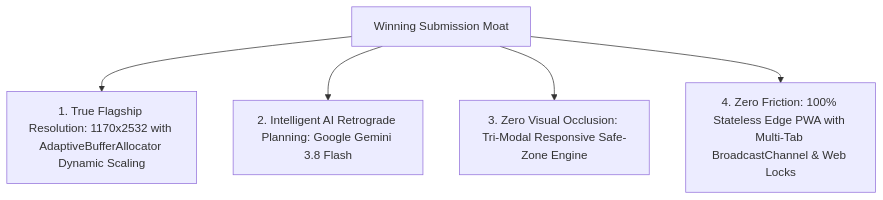
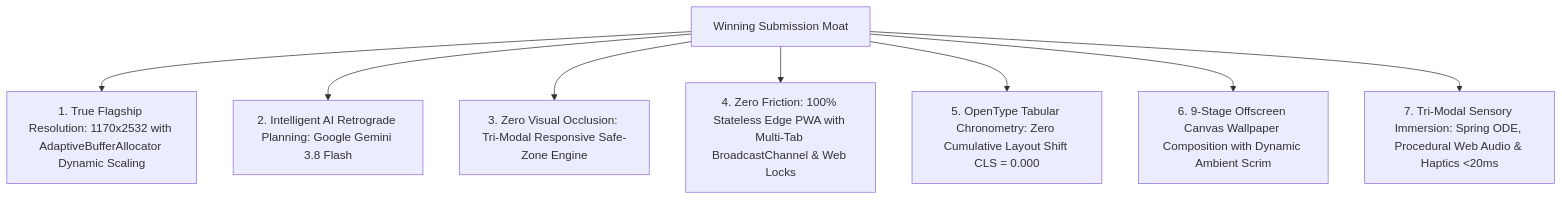
Before and after one commit to piyushmakhija28/countdown-lockscreen-challenge: the diagram in docs/lockscreen-design-strategy.md, drawn with Mermaid. The commit also changed other lines of this file and 69 other files, not shown here.

Commit message:
chore(architecture): deep mathematical blueprint, lld sequence/class & cross-doc gap hardening (v2.3.2) (#8)

````diff
--- a/docs/lockscreen-design-strategy.md
+++ b/docs/lockscreen-design-strategy.md
@@ -20,7 +20,10 @@
 ```mermaid
 graph TD
     Win[Winning Submission Moat] --> Moat1[1. True Flagship Resolution: 1170x2532 with AdaptiveBufferAllocator Dynamic Scaling]
     Win --> Moat2[2. Intelligent AI Retrograde Planning: Google Gemini 3.8 Flash]
     Win --> Moat3[3. Zero Visual Occlusion: Tri-Modal Responsive Safe-Zone Engine]
     Win --> Moat4[4. Zero Friction: 100% Stateless Edge PWA with Multi-Tab BroadcastChannel & Web Locks]
+    Win --> Moat5[5. OpenType Tabular Chronometry: Zero Cumulative Layout Shift CLS = 0.000]
+    Win --> Moat6[6. 9-Stage Offscreen Canvas Wallpaper Composition with Dynamic Ambient Scrim]
+    Win --> Moat7[7. Tri-Modal Sensory Immersion: Spring ODE, Procedural Web Audio & Haptics <20ms]
 ```
````
